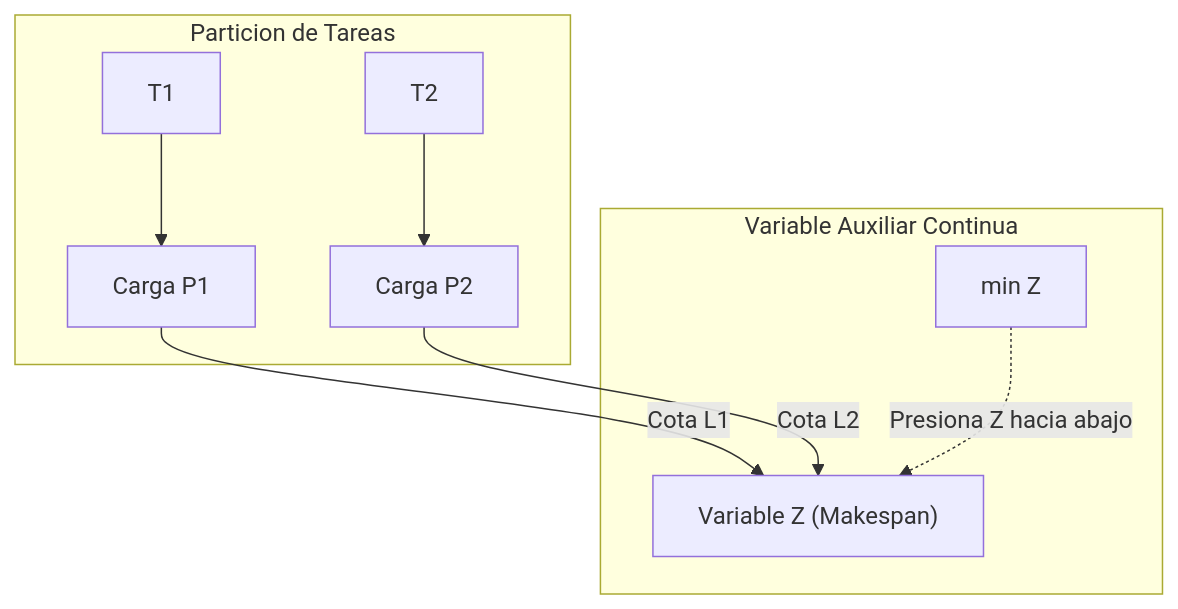
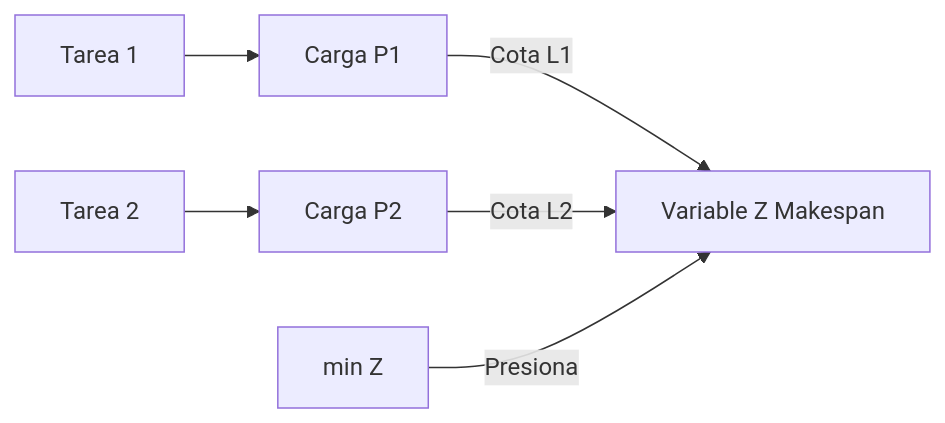
Before and after one commit to nbrian96/tda-2C2026-material: diagram 19 of 30 in guia_tda_parciales.md, drawn with Mermaid. The commit also changed other lines of this file and 11 other files, not shown here.

Commit message:
fix(visual): resolver sintaxis de diagramas Mermaid en DyC, PL y Flujo con certificacion total 10/10 en navegador

````diff
--- a/guia_tda_parciales.md
+++ b/guia_tda_parciales.md
@@ -3199,14 +3198,8 @@
 ```mermaid
-graph TD
-    subgraph DecisionesBinarias [Particion de Tareas]
-        T1["T1"] --> P1["Carga P1"]
-        T2["T2"] --> P2["Carga P2"]
-    end
-    subgraph LinealizacionZ [Variable Auxiliar Continua]
-        Z["Variable Z (Makespan)"]
-        MinZ["min Z"]
-    end
-    P1 -->|Cota L1| Z
+flowchart LR
+    T1["Tarea 1"] --> P1["Carga P1"]
+    T2["Tarea 2"] --> P2["Carga P2"]
+    P1 -->|Cota L1| Z["Variable Z Makespan"]
     P2 -->|Cota L2| Z
-    MinZ -. Presiona Z hacia abajo .-> Z
+    MinZ["min Z"] -->|Presiona| Z
 ```
````
